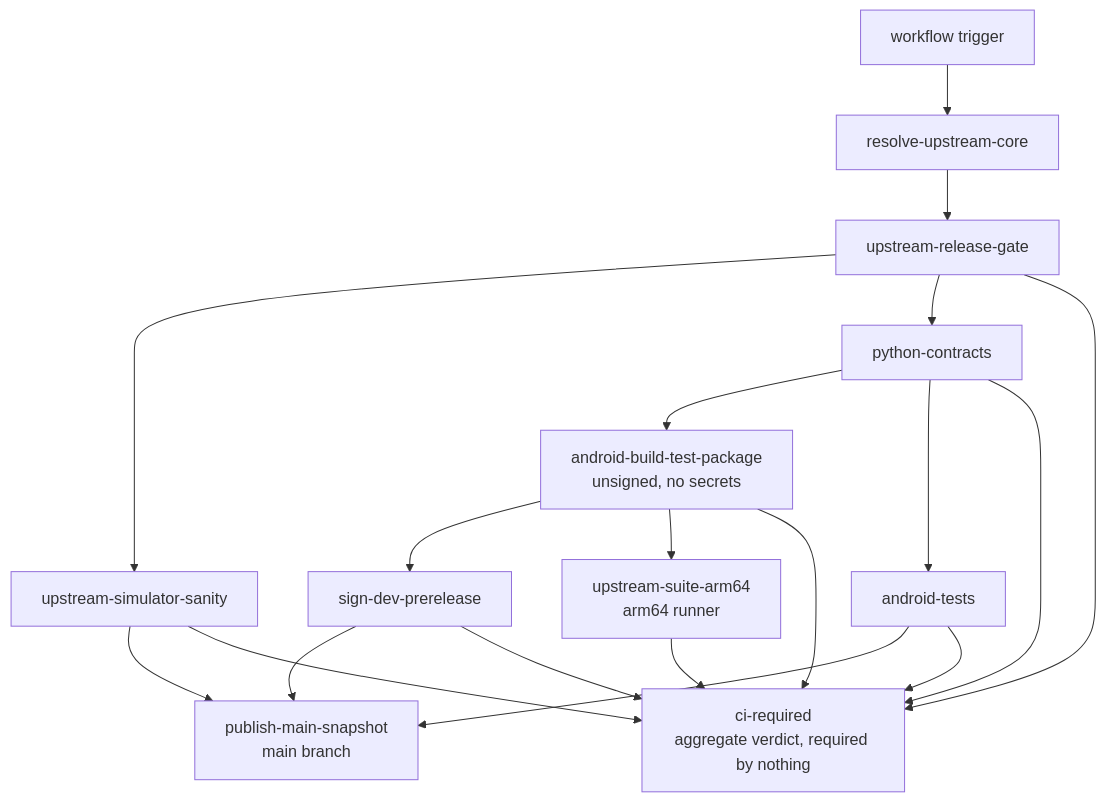
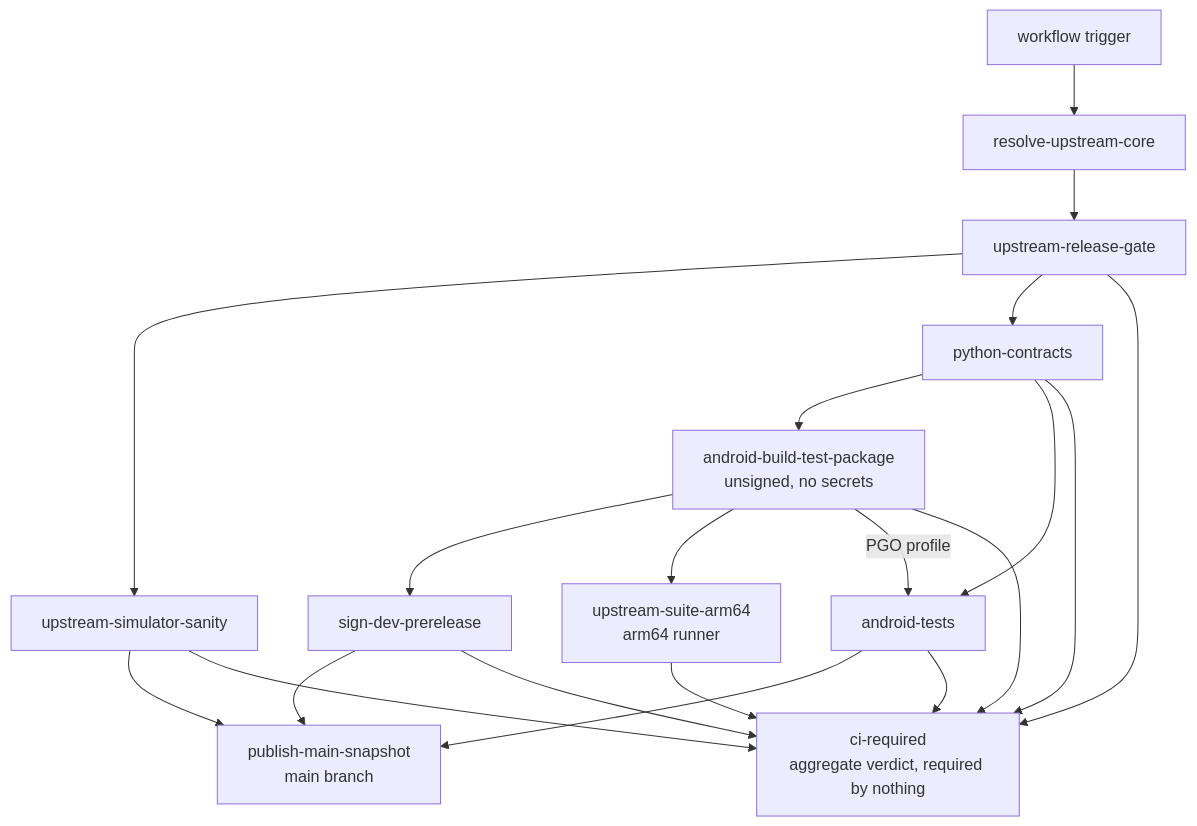
One commit to ppigazzini/r47zen changed the first of 2 diagrams in android/docs/dev/07-ci-and-release-workflow.md. Above: the diagram before and after it, drawn with Mermaid. The commit also changed other lines of this file and 7 other files, not shown here.

````diff
--- a/android/docs/dev/07-ci-and-release-workflow.md
+++ b/android/docs/dev/07-ci-and-release-workflow.md
@@ -18,32 +18,33 @@
 ```mermaid
 flowchart TD
   A[workflow trigger]
   B[resolve-upstream-core]
   C[upstream-release-gate]
   D[upstream-simulator-sanity]
   E[python-contracts]
   F[android-build-test-package<br/>unsigned, no secrets]
   S[sign-dev-prerelease]
   U[upstream-suite-arm64<br/>arm64 runner]
   G[android-tests]
   H[publish-main-snapshot<br/>main branch]
   R[ci-required<br/>aggregate verdict, required by nothing]
 
   A --> B --> C
   C --> D
   C --> E
   E --> F
   F --> S
   F --> U
   E --> G
+  F -->|PGO profile| G
   D --> H
   S --> H
   G --> H
   C --> R
   D --> R
   E --> R
   F --> R
   S --> R
   G --> R
   U --> R
 ```
````
